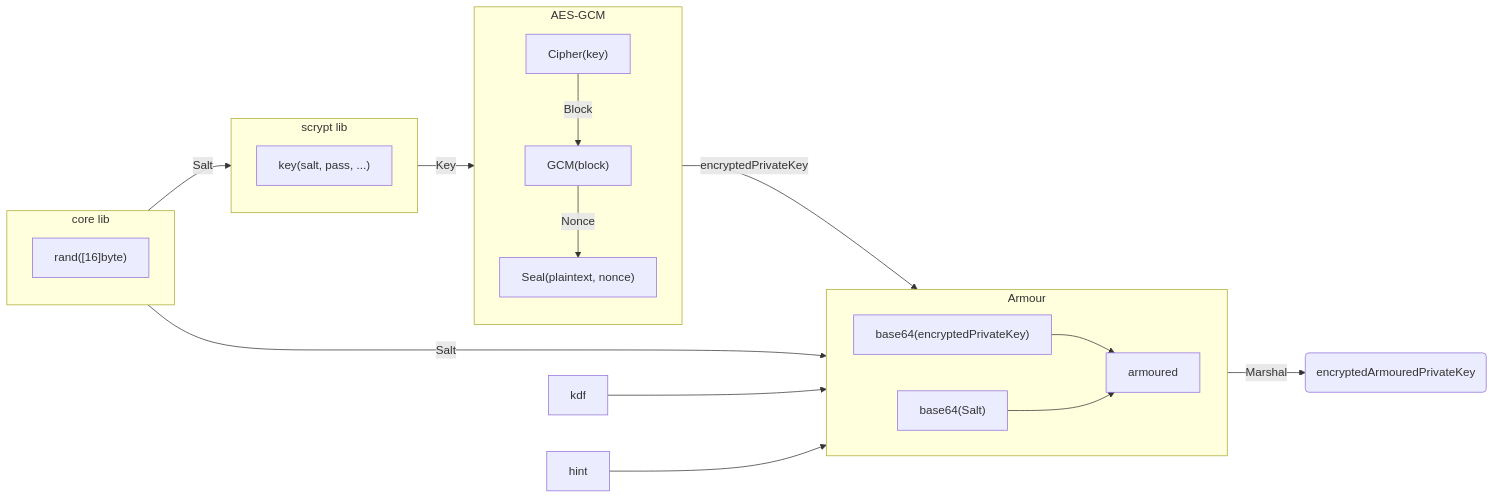
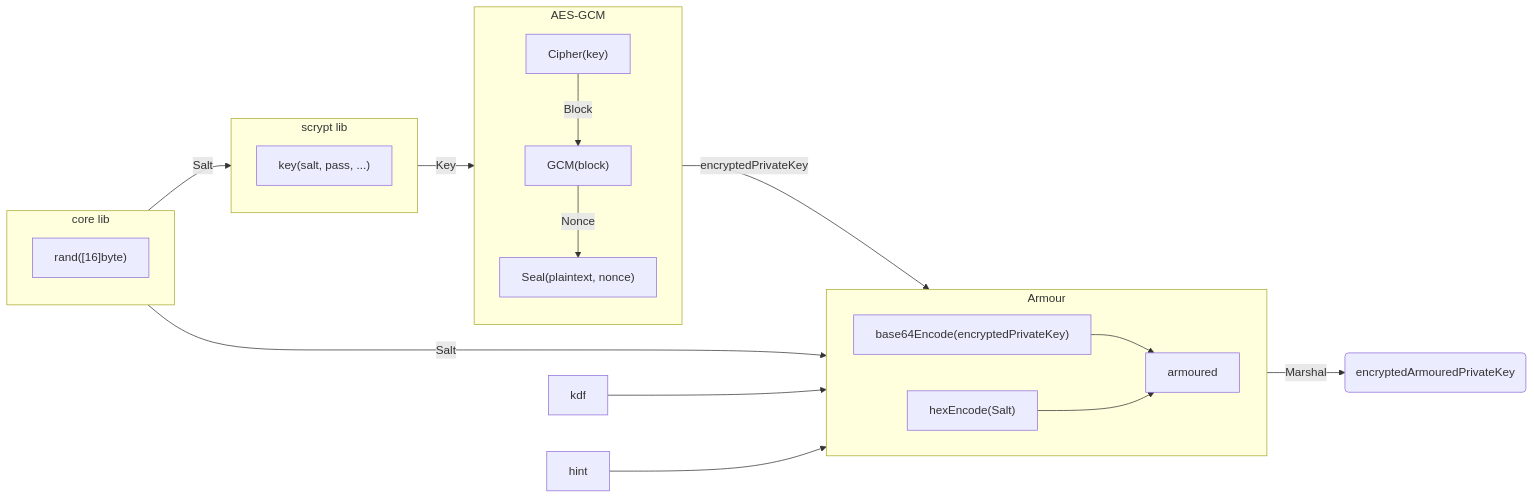
One commit to pokt-network/pocket changed the first of 2 diagrams in shared/crypto/README.md. Above: the diagram before and after it, drawn with Mermaid. The commit also changed other lines of this file, not shown here.

Commit message:
Update unarmour diagram

````diff
--- a/shared/crypto/README.md
+++ b/shared/crypto/README.md
@@ -43,31 +43,31 @@
 ```mermaid
 flowchart LR
     subgraph C[core lib]
         A["rand([16]byte)"]
     end
     subgraph S[scrypt lib]
         B["key(salt, pass, ...)"]
     end
     subgraph AES-GCM
         direction TB
         D["Cipher(key)"]
         E["GCM(block)"]
         F["Seal(plaintext, nonce)"]
         D--Block-->E
         E--Nonce-->F
     end
     subgraph Armour
         direction LR
-        G["base64(encryptedPrivateKey)"]
-        H["base64(Salt)"]
+        G["base64Encode(encryptedPrivateKey)"]
+        H["hexEncode(Salt)"]
         G --> armoured
         H --> armoured
     end
     C--Salt-->S
     S--Key-->AES-GCM
     AES-GCM--encryptedPrivateKey-->Armour
     C--Salt-->Armour
     kdf --> Armour
     hint --> Armour
     Armour--Marshal-->Return(encryptedArmouredPrivateKey)
 ```
````
